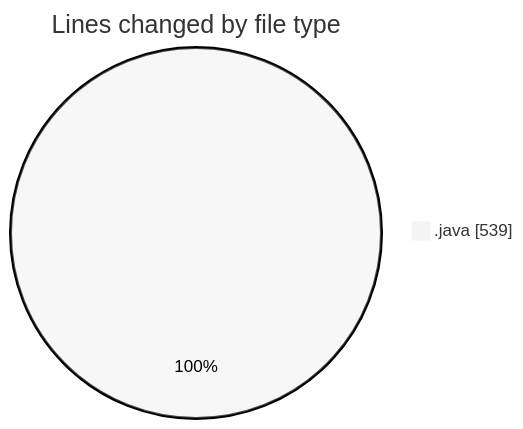
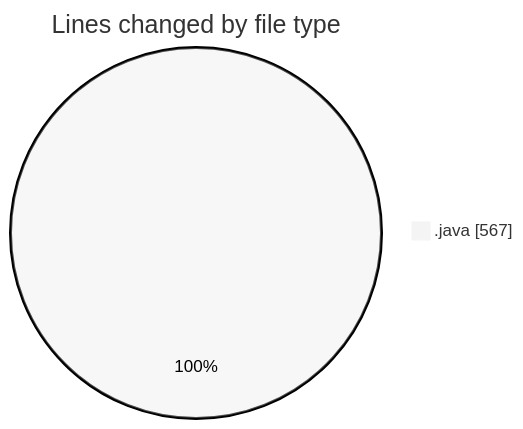
One commit to ricardozamudiocil/code-tracking changed the first of 2 diagrams in 2026-06-11/cilreports__workspace_/README.md. Above: the diagram before and after it, drawn with Mermaid (neutral theme). The commit also changed other lines of this file and 1 other file, not shown here.

````diff
--- a/2026-06-11/cilreports__workspace_/README.md
+++ b/2026-06-11/cilreports__workspace_/README.md
@@ -22,5 +22,5 @@
 ```mermaid
 pie showData
 title Lines changed by file type
-".java" : 539
+".java" : 567
 ```
````
